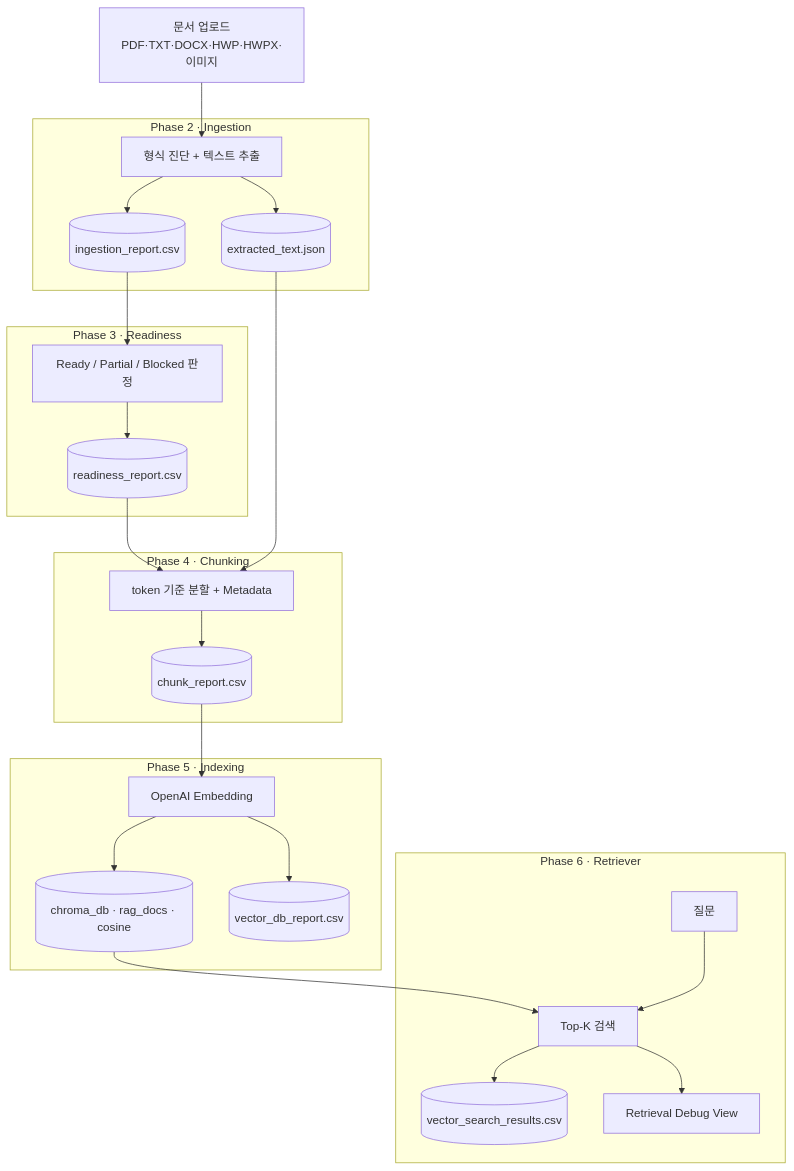
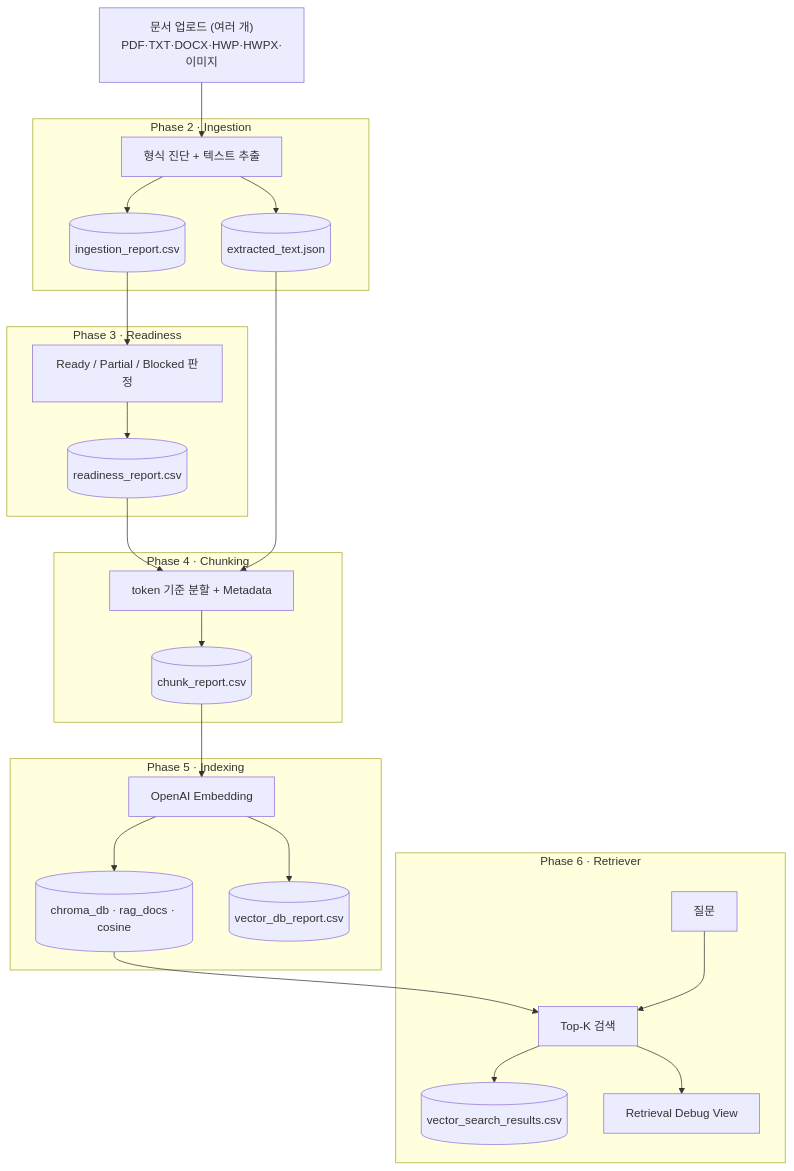
The diagram in README.md (researcherhojin/RAG-practice), drawn with Mermaid before and after one commit. The commit also changed other lines of this file and 2 other files, not shown here.

````diff
--- a/README.md
+++ b/README.md
@@ -22,33 +23,33 @@
 ```mermaid
 flowchart TD
-    U["문서 업로드<br/>PDF·TXT·DOCX·HWP·HWPX·이미지"] --> ING
+    U["문서 업로드 (여러 개)<br/>PDF·TXT·DOCX·HWP·HWPX·이미지"] --> ING
 
     subgraph P2["Phase 2 · Ingestion"]
         ING["형식 진단 + 텍스트 추출"] --> ICSV[("ingestion_report.csv")]
         ING --> TXT[("extracted_text.json")]
     end
 
     ICSV --> RDY
     subgraph P3["Phase 3 · Readiness"]
         RDY["Ready / Partial / Blocked 판정"] --> RCSV[("readiness_report.csv")]
     end
 
     RCSV --> CHK
     TXT --> CHK
     subgraph P4["Phase 4 · Chunking"]
         CHK["token 기준 분할 + Metadata"] --> CCSV[("chunk_report.csv")]
     end
 
     CCSV --> IDX
     subgraph P5["Phase 5 · Indexing"]
         IDX["OpenAI Embedding"] --> DB[("chroma_db · rag_docs · cosine")]
         IDX --> VCSV[("vector_db_report.csv")]
     end
 
     DB --> RET
     subgraph P6["Phase 6 · Retriever"]
         Q["질문"] --> RET["Top-K 검색"]
         RET --> SCSV[("vector_search_results.csv")]
         RET --> DV["Retrieval Debug View"]
     end
 ```
````
